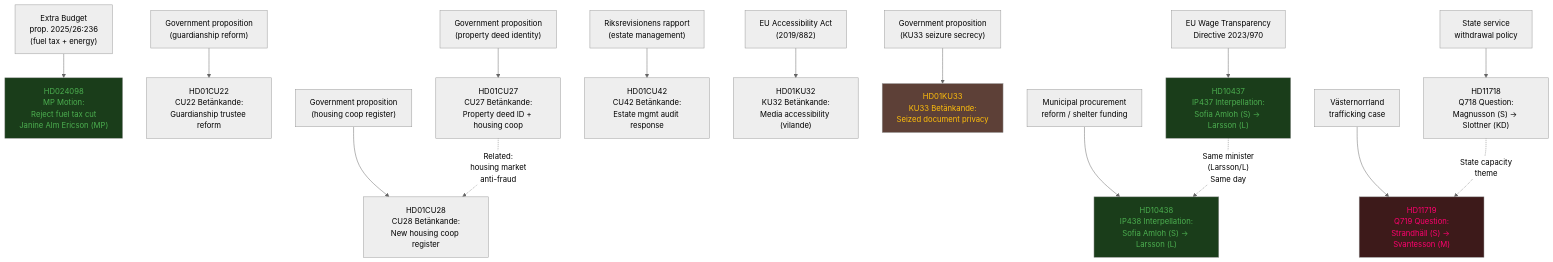
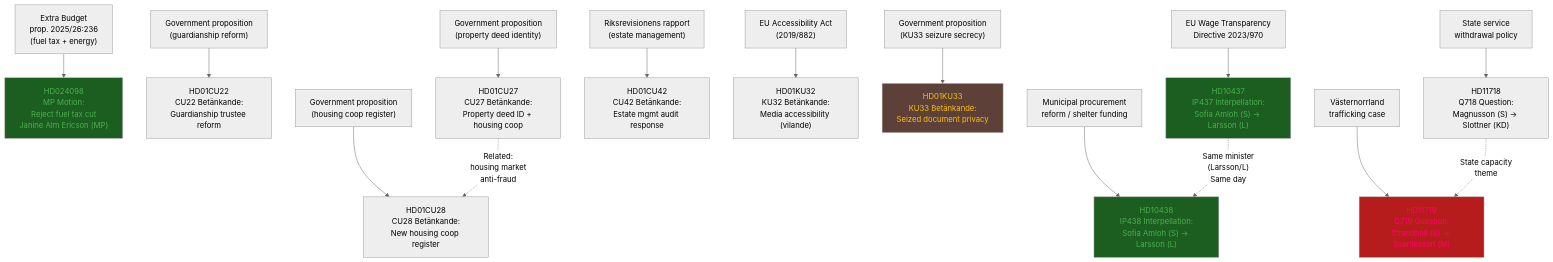
Before and after one commit to Hack23/riksdagsmonitor: the first of 2 diagrams in analysis/daily/2026-04-17/evening-analysis/cross-reference-map.md, drawn with Mermaid (neutral theme). The commit also changed 121 other files, not shown here.

````diff
--- a/analysis/daily/2026-04-17/evening-analysis/cross-reference-map.md
+++ b/analysis/daily/2026-04-17/evening-analysis/cross-reference-map.md
@@ -11,32 +11,32 @@
 ```mermaid
 graph TD
     EXT["Extra Budget\nprop. 2025/26:236\n(fuel tax + energy)"] --> MP["HD024098\nMP Motion:\nReject fuel tax cut\nJanine Alm Ericson (MP)"]
     
     GOV_GUARD["Government proposition\n(guardianship reform)"] --> CU22["HD01CU22\nCU22 Betänkande:\nGuardianship trustee reform"]
     GOV_DEED["Government proposition\n(property deed identity)"] --> CU27["HD01CU27\nCU27 Betänkande:\nProperty deed ID + housing coop"]
     GOV_REG["Government proposition\n(housing coop register)"] --> CU28["HD01CU28\nCU28 Betänkande:\nNew housing coop register"]
     
     RIKSREV["Riksrevisionens rapport\n(estate management)"] --> CU42["HD01CU42\nCU42 Betänkande:\nEstate mgmt audit response"]
     
     EU_ACCESS["EU Accessibility Act\n(2019/882)"] --> KU32["HD01KU32\nKU32 Betänkande:\nMedia accessibility (vilande)"]
     
     SEIZURE_PROP["Government proposition\n(KU33 seizure secrecy)"] --> KU33["HD01KU33\nKU33 Betänkande:\nSeized document privacy"]
     
     WAGE_DIR["EU Wage Transparency\nDirective 2023/970"] --> IP437["HD10437\nIP437 Interpellation:\nSofia Amloh (S) → Larsson (L)"]
     
     SHELTER_FUND["Municipal procurement\nreform / shelter funding"] --> IP438["HD10438\nIP438 Interpellation:\nSofia Amloh (S) → Larsson (L)"]
     
     STATE_SKANE["State service\nwithdrawal policy"] --> Q718["HD11718\nQ718 Question:\nMagnusson (S) → Slottner (KD)"]
     
     TRAFFIC_CASE["Västernorrland\ntrafficking case"] --> Q719["HD11719\nQ719 Question:\nStrandhäll (S) → Svantesson (M)"]
 
     IP437 -.->|"Same minister\n(Larsson/L)\nSame day"| IP438
     CU27 -.->|"Related:\nhousing market\nanti-fraud"| CU28
     Q718 -.->|"State capacity\ntheme"| Q719
 
-    style Q719 fill:#3d1a1a,color:#ff006e
+    style Q719 fill:#B71C1C,color:#ff006e
     style KU33 fill:#5D4037,color:#ffbe0b
-    style IP437 fill:#1a3d1a,color:#4CAF50
-    style IP438 fill:#1a3d1a,color:#4CAF50
-    style MP fill:#1a3d1a,color:#4CAF50
+    style IP437 fill:#1B5E20,color:#4CAF50
+    style IP438 fill:#1B5E20,color:#4CAF50
+    style MP fill:#1B5E20,color:#4CAF50
 ```
````
